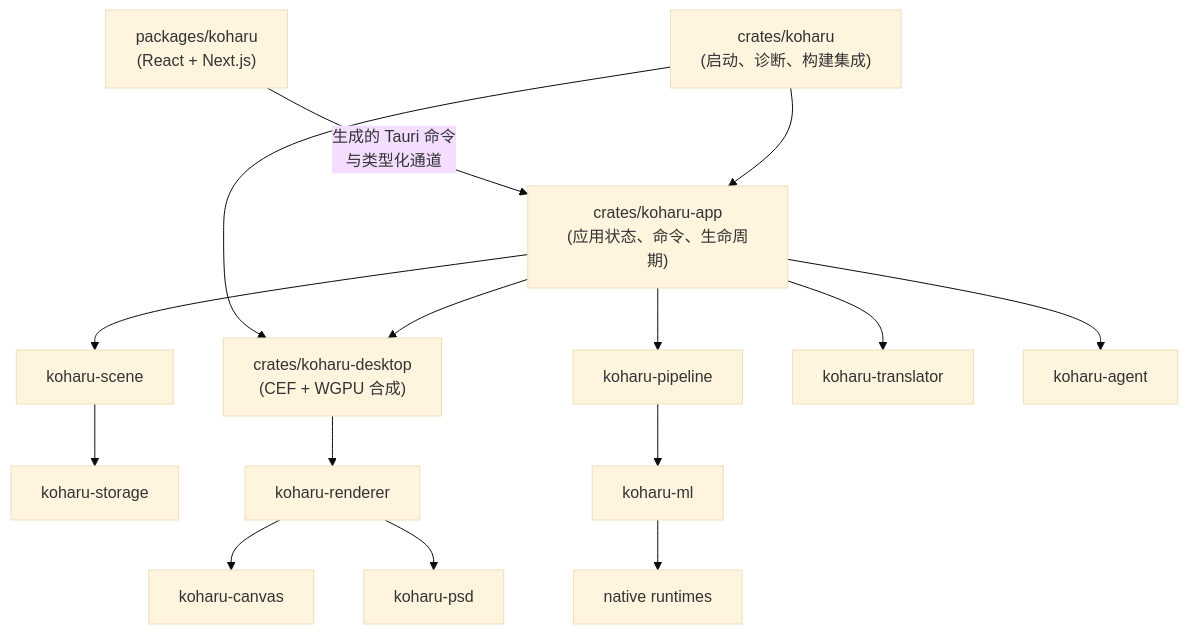
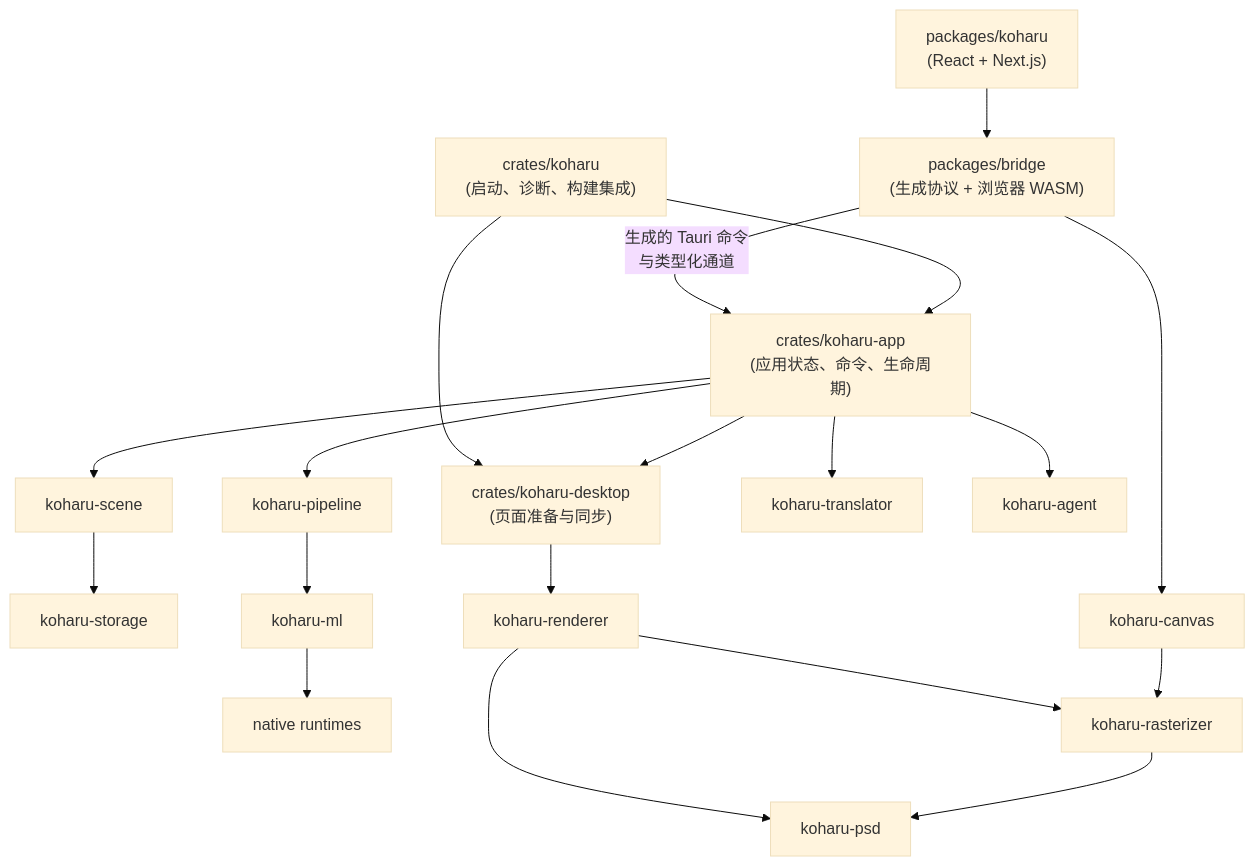
One commit to mayocream/koharu changed the diagram in docs/zh-CN/development/architecture.md. Above: the diagram before and after it, drawn with Mermaid (base theme). The commit also changed other lines of this file and 136 other files, not shown here.

Commit message:
refactor: WebGPU/WASM-based canvas

````diff
--- a/docs/zh-CN/development/architecture.md
+++ b/docs/zh-CN/development/architecture.md
@@ -10,28 +10,33 @@
 ```mermaid
 flowchart TB
   frontend["packages/koharu<br/>(React + Next.js)"]
+  bridge["packages/bridge<br/>(生成协议 + 浏览器 WASM)"]
   entry["crates/koharu<br/>(启动、诊断、构建集成)"]
   app["crates/koharu-app<br/>(应用状态、命令、生命周期)"]
-  desktop["crates/koharu-desktop<br/>(CEF + WGPU 合成)"]
+  desktop["crates/koharu-desktop<br/>(页面准备与同步)"]
   scene["koharu-scene"]
   storage["koharu-storage"]
   pipeline["koharu-pipeline"]
   ml["koharu-ml"]
   native["native runtimes"]
   translator["koharu-translator"]
   renderer["koharu-renderer"]
   canvas["koharu-canvas"]
+  rasterizer["koharu-rasterizer"]
   psd["koharu-psd"]
   agent["koharu-agent"]
 
-  frontend -->|"生成的 Tauri 命令<br/>与类型化通道"| app
+  frontend --> bridge
+  bridge -->|"生成的 Tauri 命令<br/>与类型化通道"| app
   entry --> app
   entry --> desktop
   app --> desktop
   app --> scene --> storage
   app --> pipeline --> ml --> native
   app --> translator
-  desktop --> renderer --> canvas
+  desktop --> renderer --> rasterizer
+  bridge --> canvas --> rasterizer
   renderer --> psd
+  rasterizer --> psd
   app --> agent
 ```
````
